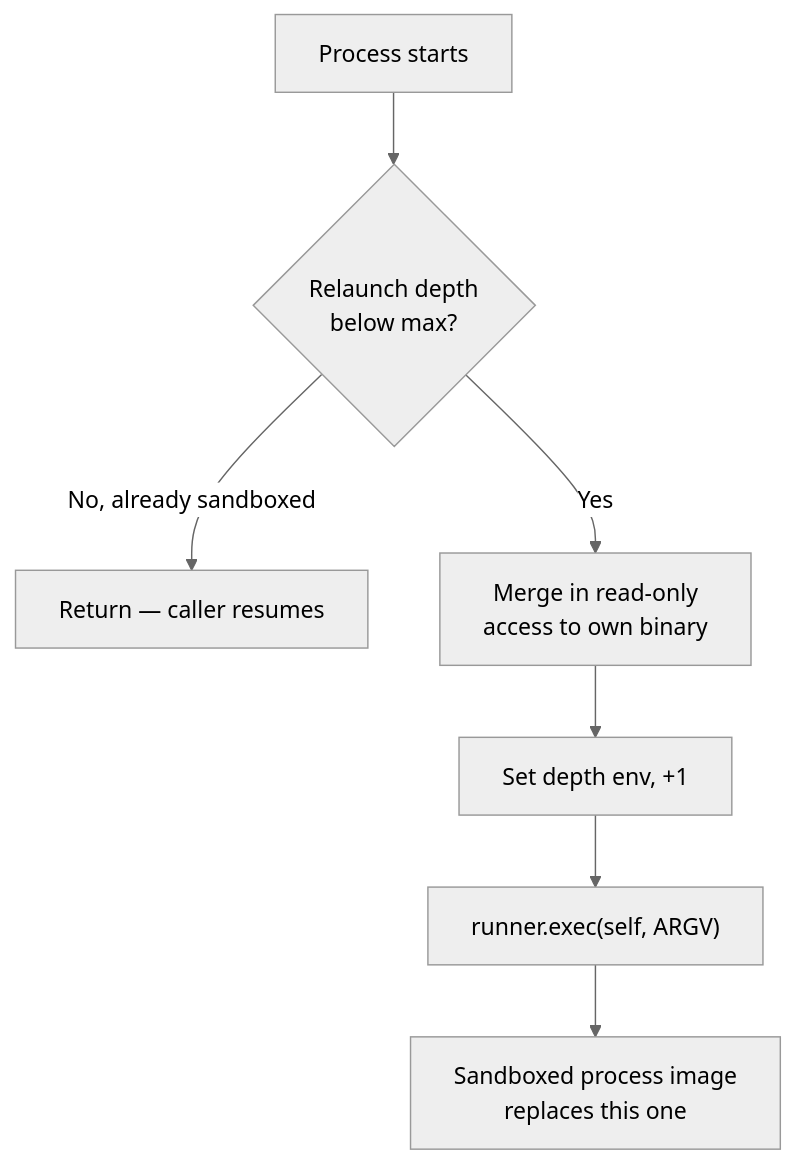
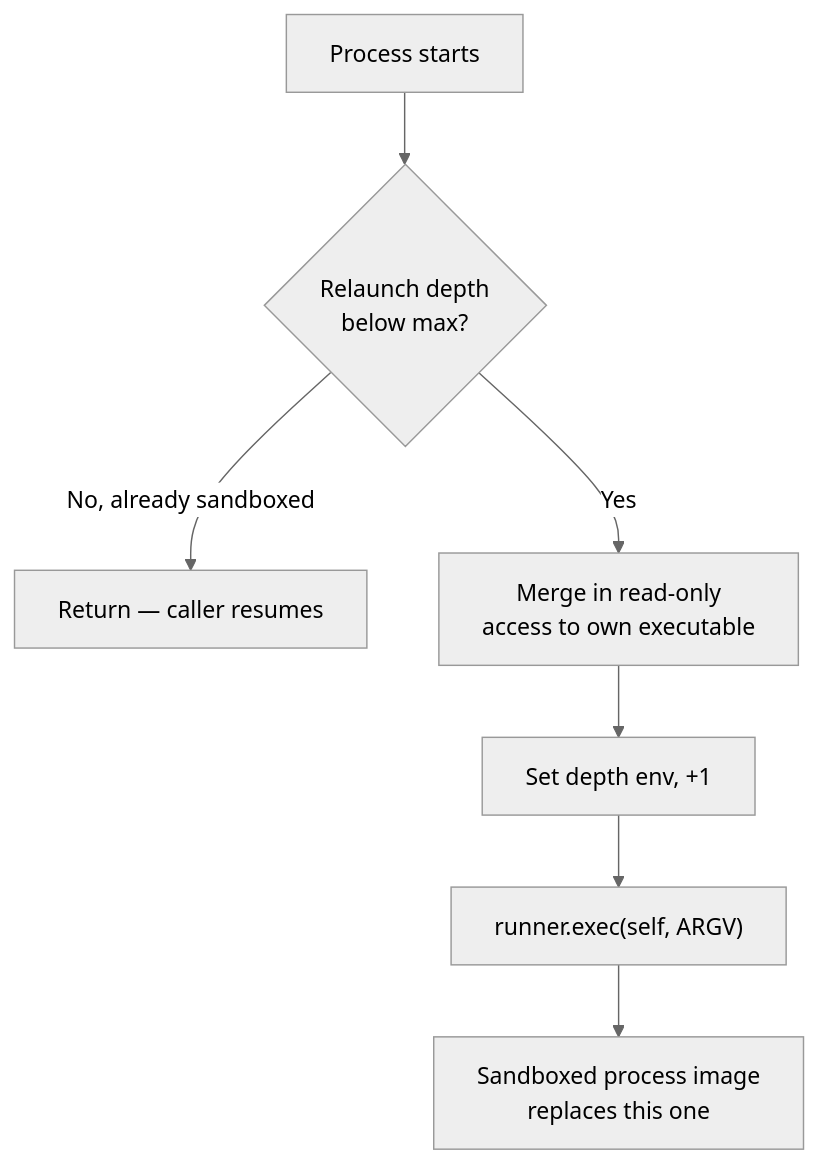
Before and after one commit to ModelArmy/cordon.cr: the second of 3 diagrams in DEVELOPMENT.md, drawn with Mermaid (neutral theme). The commit also changed other lines of this file and 11 other files, not shown here.

````diff
--- a/DEVELOPMENT.md
+++ b/DEVELOPMENT.md
@@ -142,9 +142,9 @@
 ```mermaid
 flowchart TD
     A[Process starts] --> B{Relaunch depth\nbelow max?}
     B -->|No, already sandboxed| C[Return — caller resumes]
-    B -->|Yes| D[Merge in read-only\naccess to own binary]
+    B -->|Yes| D[Merge in read-only\naccess to own executable]
     D --> E[Set depth env, +1]
     E --> F["runner.exec(self, ARGV)"]
     F --> G[Sandboxed process image\nreplaces this one]
 ```
````
